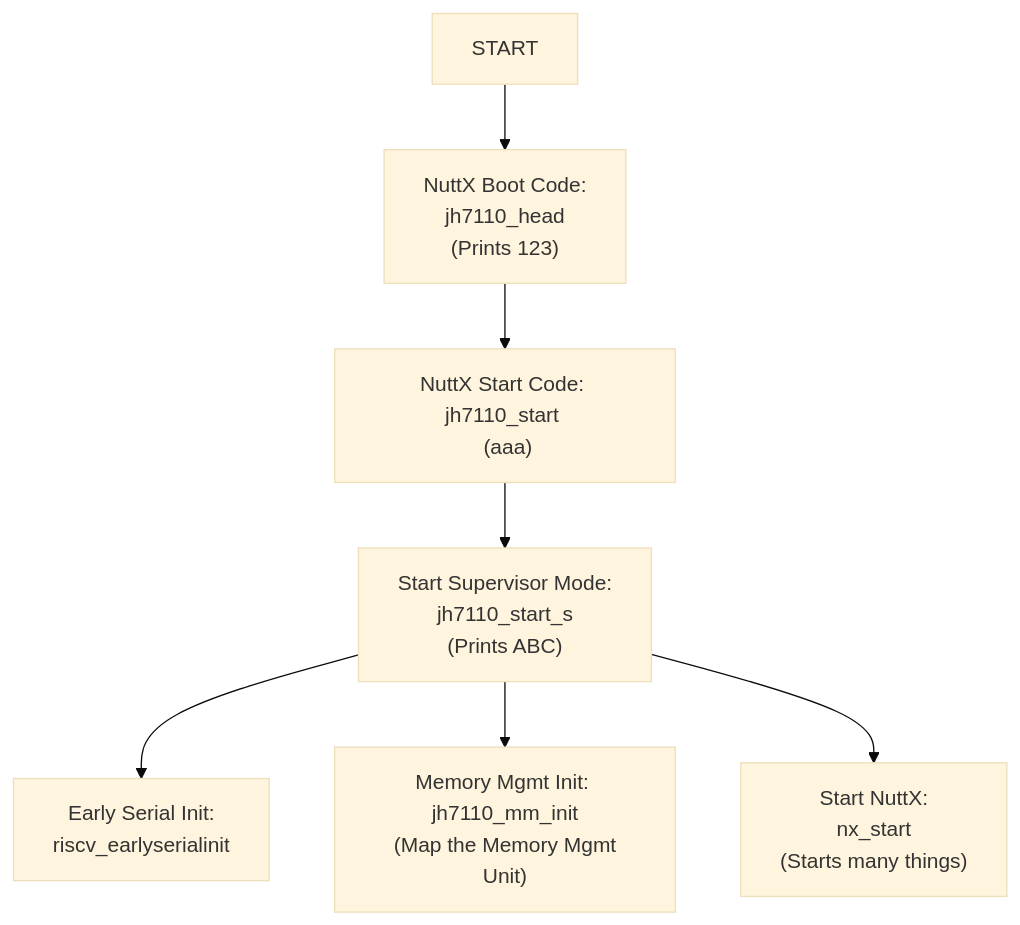
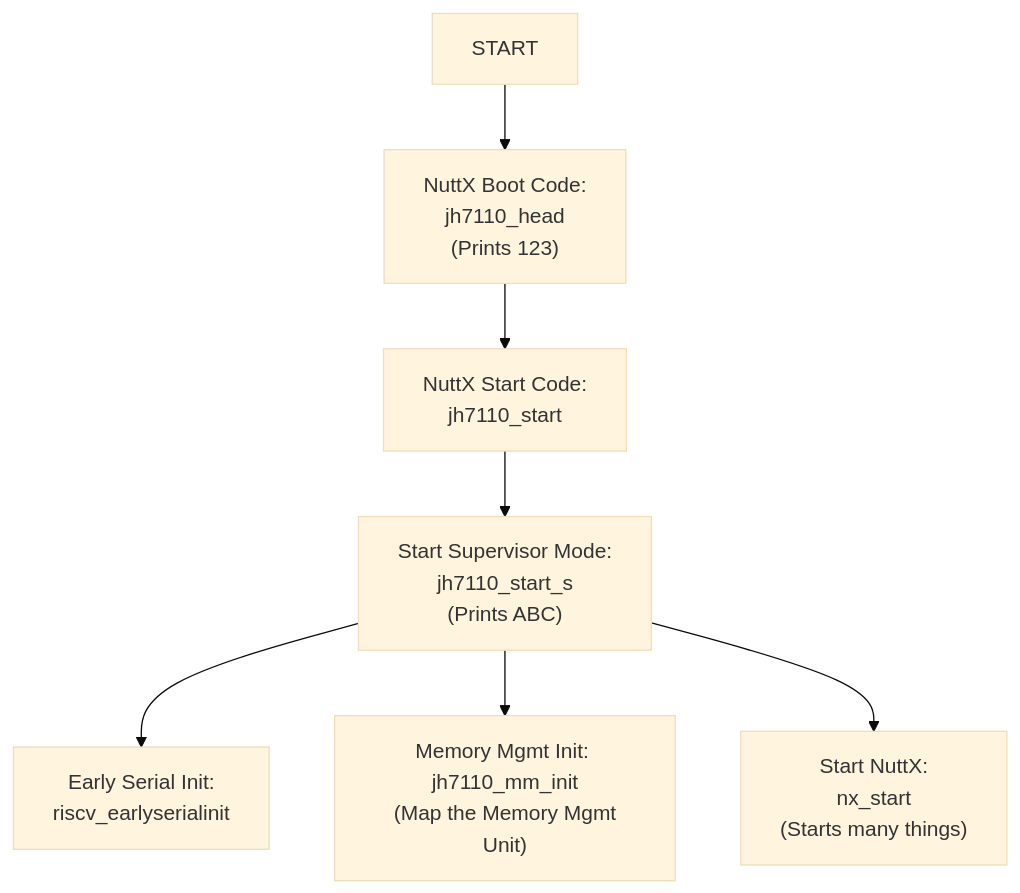
One commit to lupyuen/nuttx-ox64 changed the diagram in README.md. Above: the diagram before and after it, drawn with Mermaid (base theme).

````diff
--- a/README.md
+++ b/README.md
@@ -1463,21 +1463,21 @@
 ```mermaid
 flowchart TD
 START --> jh7110_head["NuttX Boot Code: \n jh7110_head \n (Prints 123)"]
 click jh7110_head href "https://github.com/lupyuen2/wip-pinephone-nuttx/blob/ox64/arch/risc-v/src/jh7110/jh7110_head.S#L41-L156" "arch/risc-v/src/jh7110/jh7110_head.S" _blank
 
-jh7110_head --> jh7110_start["NuttX Start Code: jh7110_start \n (aaa)"]
+jh7110_head --> jh7110_start["NuttX Start Code: \n jh7110_start"]
 click jh7110_start href "https://github.com/lupyuen2/wip-pinephone-nuttx/blob/ox64/arch/risc-v/src/jh7110/jh7110_start.c#L129-L159" "arch/risc-v/src/jh7110/jh7110_start.c" _blank
 
 jh7110_start --> jh7110_start_s["Start Supervisor Mode: \n jh7110_start_s \n (Prints ABC)"]
 click jh7110_start_s href "https://github.com/lupyuen2/wip-pinephone-nuttx/blob/ox64/arch/risc-v/src/jh7110/jh7110_start.c#L82-L129" "arch/risc-v/src/jh7110/jh7110_start.c" _blank
 
 jh7110_start_s --> riscv_earlyserialinit["Early Serial Init: \n riscv_earlyserialinit"]
 click riscv_earlyserialinit href "https://github.com/lupyuen2/wip-pinephone-nuttx/blob/ox64/arch/risc-v/src/jh7110/jh7110_start.c#L159-L164" "arch/risc-v/src/jh7110/jh7110_start.c" _blank
 
 jh7110_start_s --> jh7110_mm_init["Memory Mgmt Init: \n jh7110_mm_init \n (Map the Memory Mgmt Unit)"]
 click jh7110_mm_init href "https://github.com/lupyuen2/wip-pinephone-nuttx/blob/ox64/arch/risc-v/src/jh7110/jh7110_mm_init.c#L259-L284" "arch/risc-v/src/jh7110/jh7110_mm_init.c" _blank
 
 jh7110_start_s --> nx_start["Start NuttX: \n nx_start \n (Starts many things)"]
 click nx_start href "https://github.com/lupyuen2/wip-pinephone-nuttx/blob/ox64/sched/init/nx_start.c#L298-L713" "sched/init/nx_start.c" _blank
 
 ```
````
